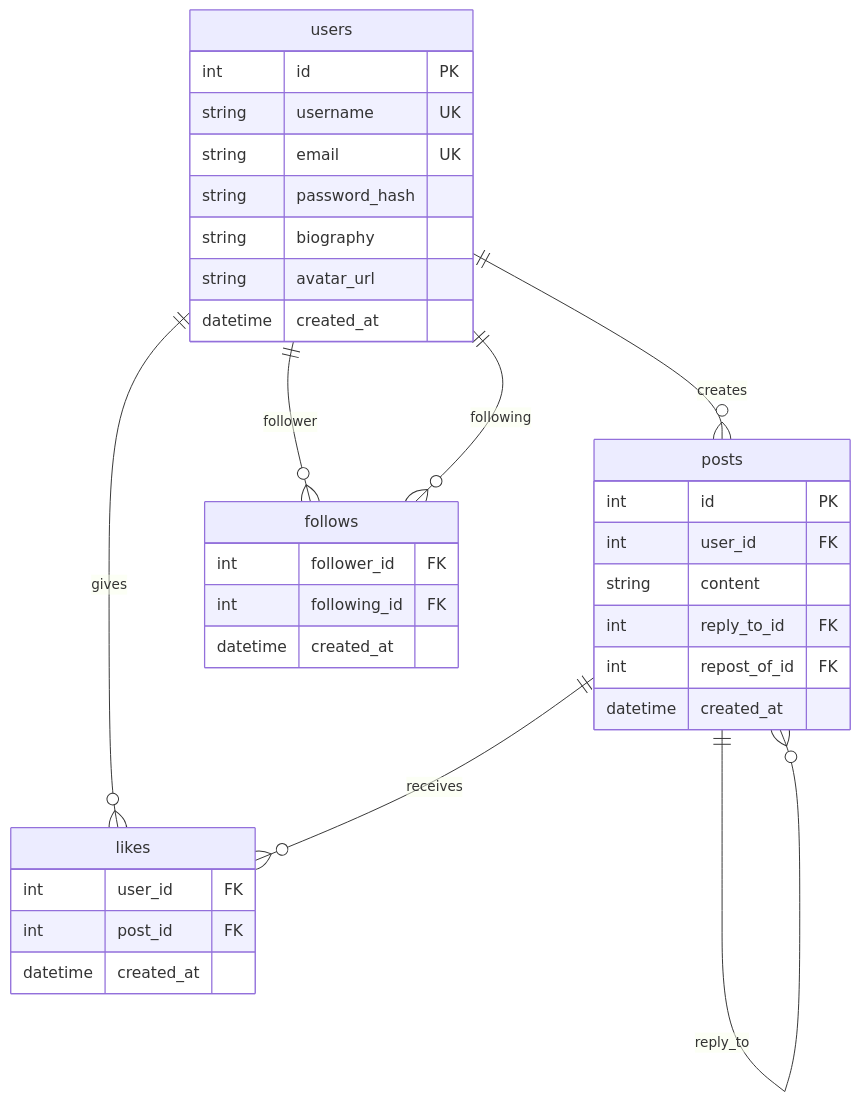
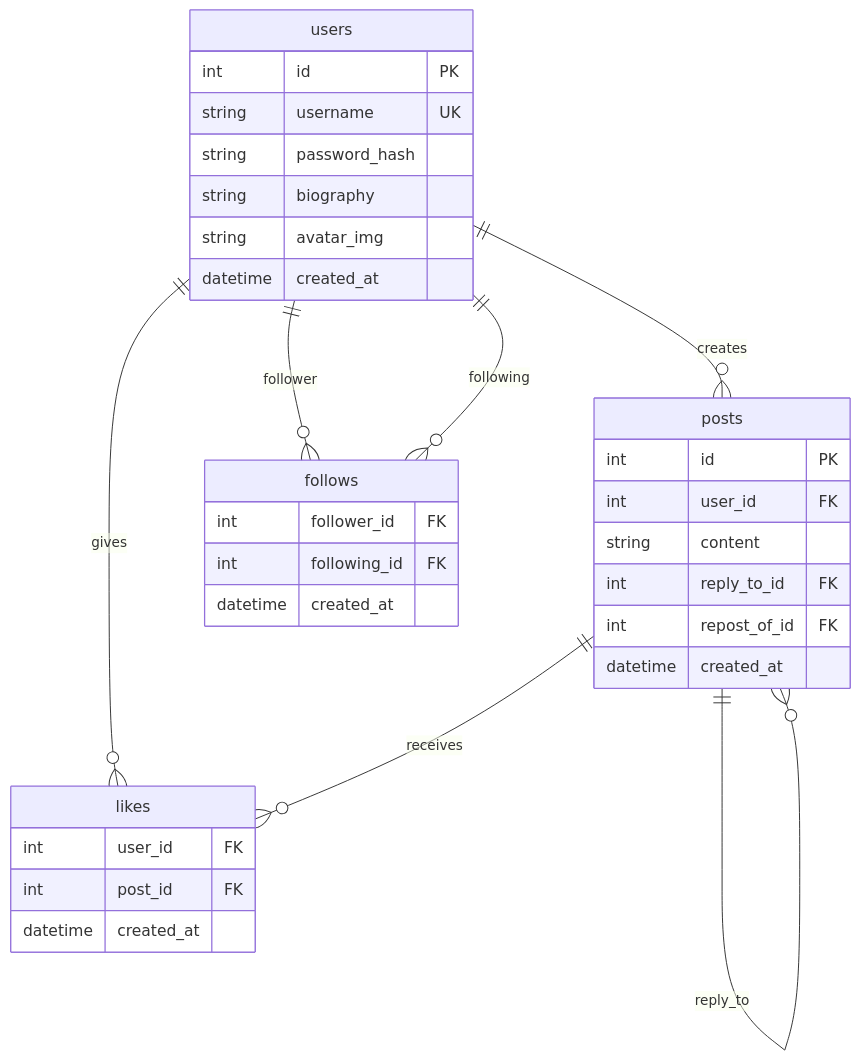
Before and after one commit to kaja36/SNS-backend: the diagram in README.md, drawn with Mermaid. The commit also changed other lines of this file, not shown here.

````diff
--- a/README.md
+++ b/README.md
@@ -297,40 +419,39 @@
 ```mermaid
 erDiagram
     users ||--o{ posts : creates
     users ||--o{ follows : follower
     users ||--o{ follows : following
     users ||--o{ likes : gives
     posts ||--o{ likes : receives
     posts ||--o{ posts : reply_to
 
     users {
         int id PK
         string username UK
-        string email UK
         string password_hash
         string biography
-        string avatar_url
+        string avatar_img
         datetime created_at
     }
 
     posts {
         int id PK
         int user_id FK
         string content
         int reply_to_id FK
         int repost_of_id FK
         datetime created_at
     }
 
     follows {
         int follower_id FK
         int following_id FK
         datetime created_at
     }
 
     likes {
         int user_id FK
         int post_id FK
         datetime created_at
     }
 ```
````
